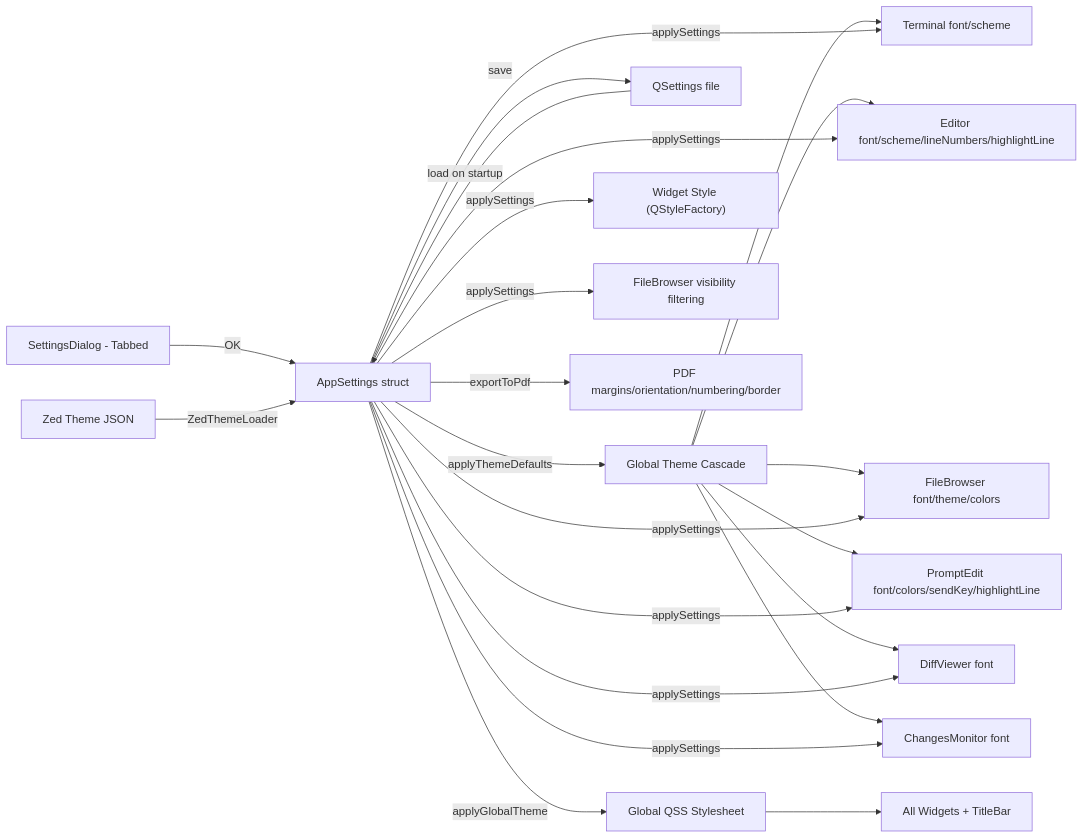
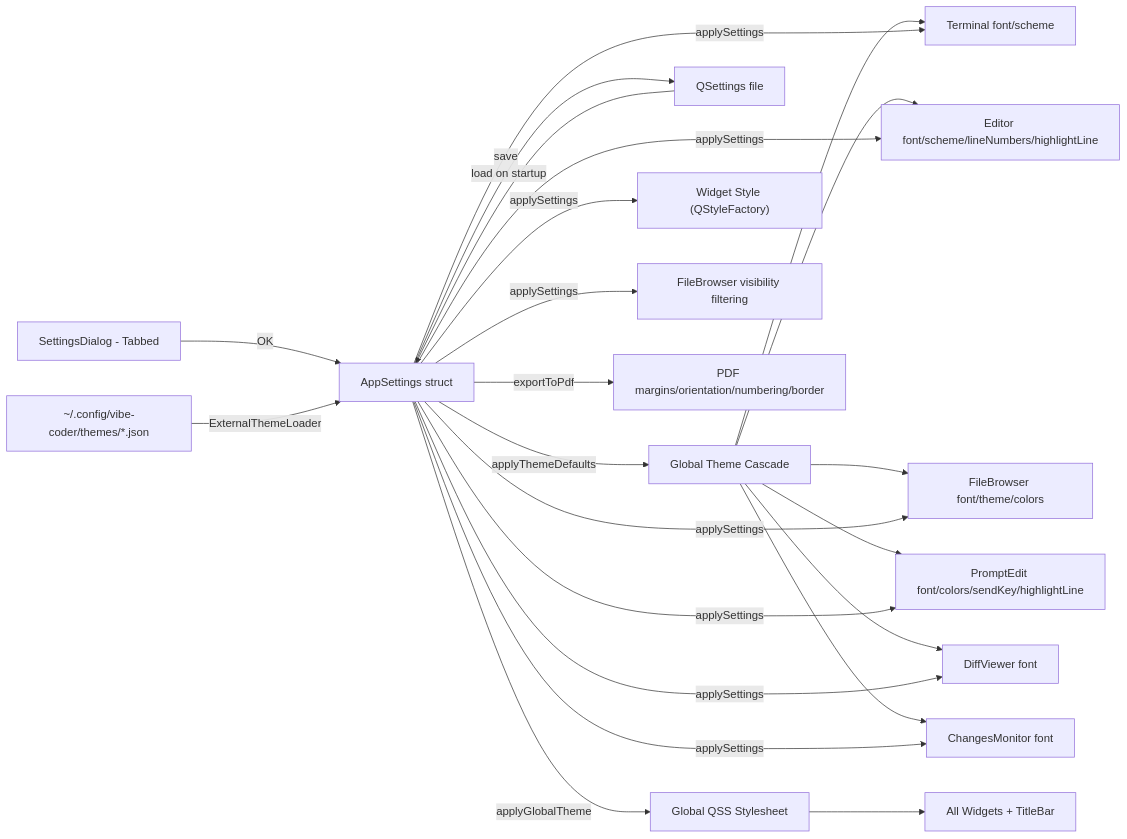
Diagram 15 of 20 in docs/diagrams.md (dkrse/vibe-coder), drawn with Mermaid before and after one commit. The commit also changed other lines of this file and 33 other files, not shown here.

````diff
--- a/docs/diagrams.md
+++ b/docs/diagrams.md
@@ -595,20 +600,20 @@
 ```mermaid
 flowchart LR
     A[SettingsDialog - Tabbed] -->|OK| B[AppSettings struct]
     B -->|applyThemeDefaults| TH[Global Theme Cascade]
-    ZED[Zed Theme JSON] -->|ZedThemeLoader| B
+    ZED["~/.config/vibe-coder/themes/*.json"] -->|ExternalThemeLoader| B
     TH --> D & E & F & G & DV & CM2
     B -->|save| C[QSettings file]
     B -->|applyGlobalTheme| SS[Global QSS Stylesheet]
     SS --> ALL[All Widgets + TitleBar]
     B -->|applySettings| WS["Widget Style (QStyleFactory)"]
     B -->|applySettings| D[Terminal font/scheme]
     B -->|applySettings| E[Editor font/scheme/lineNumbers/highlightLine]
     B -->|applySettings| VIS[FileBrowser visibility filtering]
     B -->|applySettings| F[FileBrowser font/theme/colors]
     B -->|applySettings| G[PromptEdit font/colors/sendKey/highlightLine]
     B -->|applySettings| DV[DiffViewer font]
     B -->|applySettings| CM2[ChangesMonitor font]
     B -->|exportToPdf| PDF[PDF margins/orientation/numbering/border]
     C -->|load on startup| B
 ```
````
